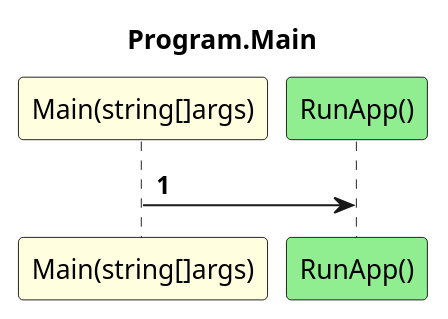
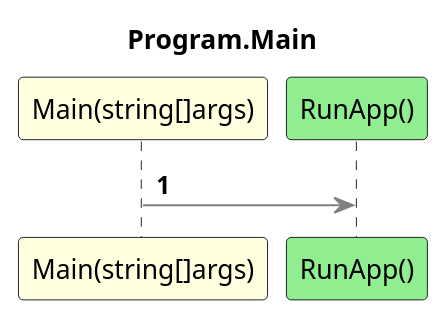
The diagram in ClassManagement.ConApp/diagrams/sq_Program_Main.puml (leoggehrer/2324-34_ABIF_ACIF_POSE), drawn with PlantUML before and after one commit. The commit also changed 464 other files, not shown here.

```diff
--- a/ClassManagement.ConApp/diagrams/sq_Program_Main.puml
+++ b/ClassManagement.ConApp/diagrams/sq_Program_Main.puml
@@ -1,7 +1,7 @@
 @startuml Program.Main
 title Program.Main
 participant "Main(string[]args)" as Main_p0 #LightYellow
 participant "RunApp()" as RunApp #LightGreen
 autonumber
-Main_p0 -> RunApp
+Main_p0 -[#grey]> RunApp
 @enduml
```
